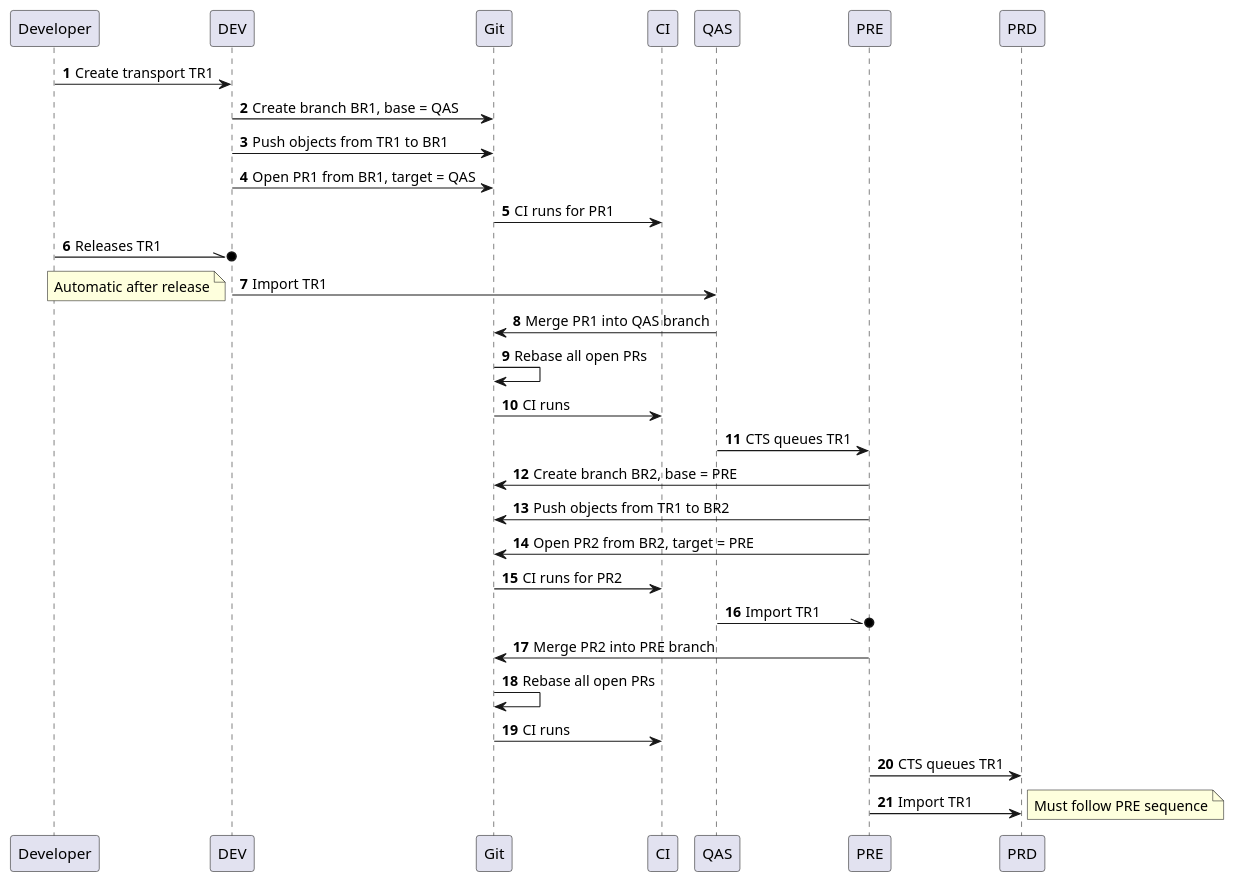
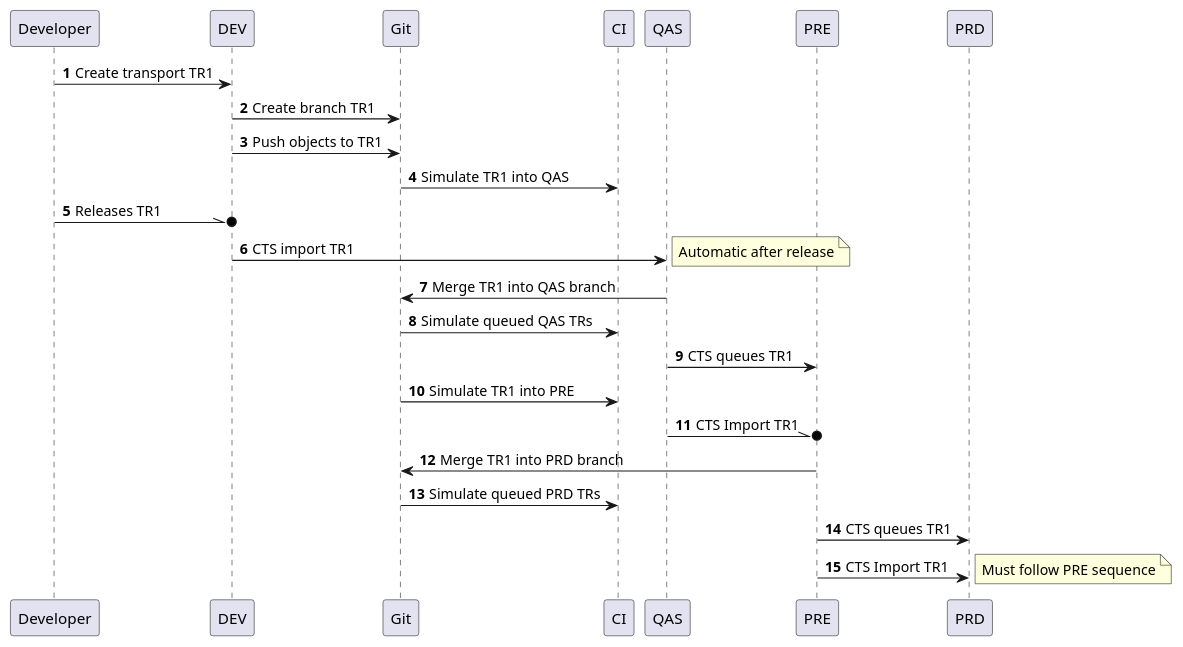
Before and after one commit to heliconialabs/practical-ci-cd-for-abap: the second of 2 diagrams in src/deployment.adoc, drawn with PlantUML. The commit also changed other lines of this file and 3 other files, not shown here.

```diff
--- a/src/deployment.adoc
+++ b/src/deployment.adoc
@@ -48,44 +52,39 @@
 [plantuml]
 ....
 skinparam monochrome true
 
 participant Developer
 participant DEV
 participant QAS
 participant PRE
 participant PRD
 participant Git
 participant CI
 
 @startuml
 autonumber
 Developer -> DEV : Create transport TR1
 
-DEV -> Git : Create branch BR1, base = QAS
-DEV -> Git : Push objects from TR1 to BR1
-DEV -> Git : Open PR1 from BR1, target = QAS
-Git -> CI : CI runs for PR1
+DEV -> Git : Create branch TR1
+DEV -> Git : Push objects to TR1
+Git -> CI : Simulate TR1 into QAS
 
 Developer -\\o DEV : Releases TR1
-DEV -> QAS : Import TR1
-note left: Automatic after release
-QAS -> Git : Merge PR1 into QAS branch
-Git -> Git : Rebase all open PRs
-Git -> CI : CI runs
+DEV -> QAS : CTS import TR1
+note right: Automatic after release
+QAS -> Git : Merge TR1 into QAS branch
+Git -> CI : Simulate queued QAS TRs
 QAS -> PRE : CTS queues TR1
 
-PRE -> Git : Create branch BR2, base = PRE
-PRE -> Git : Push objects from TR1 to BR2
-PRE -> Git : Open PR2 from BR2, target = PRE
-Git -> CI : CI runs for PR2
+Git -> CI : Simulate TR1 into PRE
 
-QAS -\\o PRE : Import TR1
-PRE -> Git : Merge PR2 into PRE branch
-Git -> Git : Rebase all open PRs
-Git -> CI : CI runs
+QAS -\\o PRE : CTS Import TR1
+PRE -> Git : Merge TR1 into PRD branch
+Git -> CI : Simulate queued PRD TRs
+
 PRE -> PRD : CTS queues TR1
 
-PRE -> PRD : Import TR1
+PRE -> PRD : CTS Import TR1
 note right: Must follow PRE sequence
 @enduml
 ....
```
